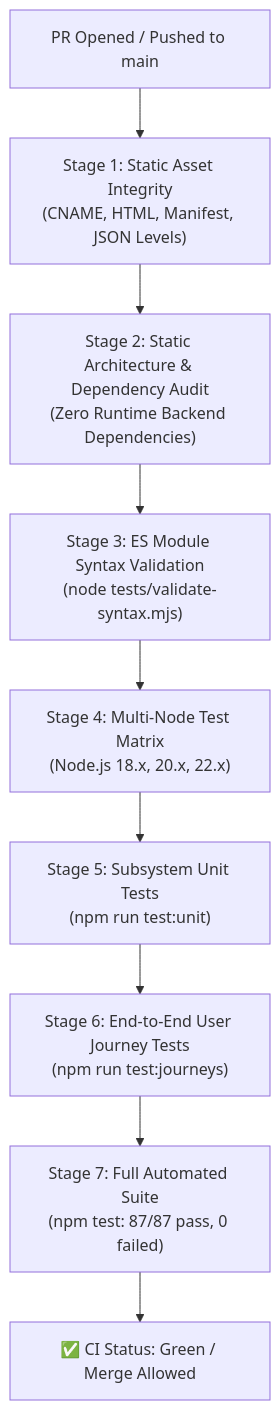
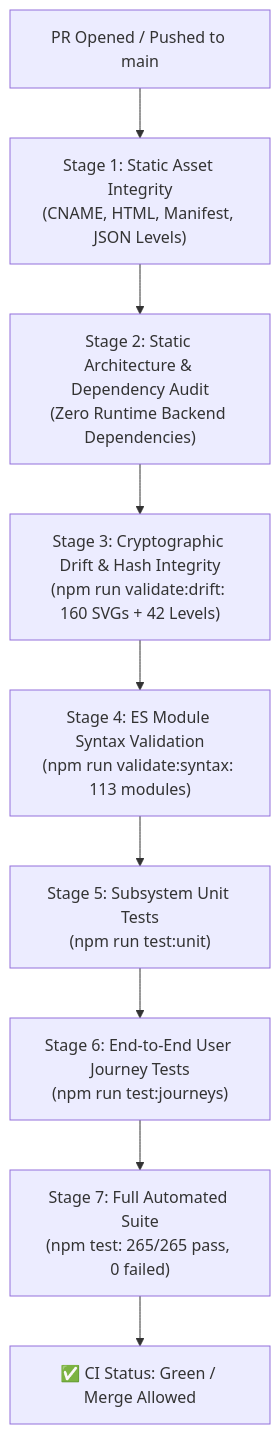
The diagram in docs/TESTING_PLAN.md (InbarRose/casual-maze-game), drawn with Mermaid before and after one commit. The commit also changed other lines of this file and 2 other files, not shown here.

Commit message:
ci(actions): enforce drift and hash integrity in GitHub Actions workflow

````diff
--- a/docs/TESTING_PLAN.md
+++ b/docs/TESTING_PLAN.md
@@ -196,11 +196,11 @@
 ```mermaid
 flowchart TD
     A["PR Opened / Pushed to main"] --> B["Stage 1: Static Asset Integrity\n(CNAME, HTML, Manifest, JSON Levels)"]
     B --> C["Stage 2: Static Architecture & Dependency Audit\n(Zero Runtime Backend Dependencies)"]
-    C --> D["Stage 3: ES Module Syntax Validation\n(node tests/validate-syntax.mjs)"]
-    D --> E["Stage 4: Multi-Node Test Matrix\n(Node.js 18.x, 20.x, 22.x)"]
+    C --> D["Stage 3: Cryptographic Drift & Hash Integrity\n(npm run validate:drift: 160 SVGs + 42 Levels)"]
+    D --> E["Stage 4: ES Module Syntax Validation\n(npm run validate:syntax: 113 modules)"]
     E --> F["Stage 5: Subsystem Unit Tests\n(npm run test:unit)"]
     F --> G["Stage 6: End-to-End User Journey Tests\n(npm run test:journeys)"]
-    G --> H["Stage 7: Full Automated Suite\n(npm test: 87/87 pass, 0 failed)"]
+    G --> H["Stage 7: Full Automated Suite\n(npm test: 265/265 pass, 0 failed)"]
     H --> I["✅ CI Status: Green / Merge Allowed"]
 ```
````
